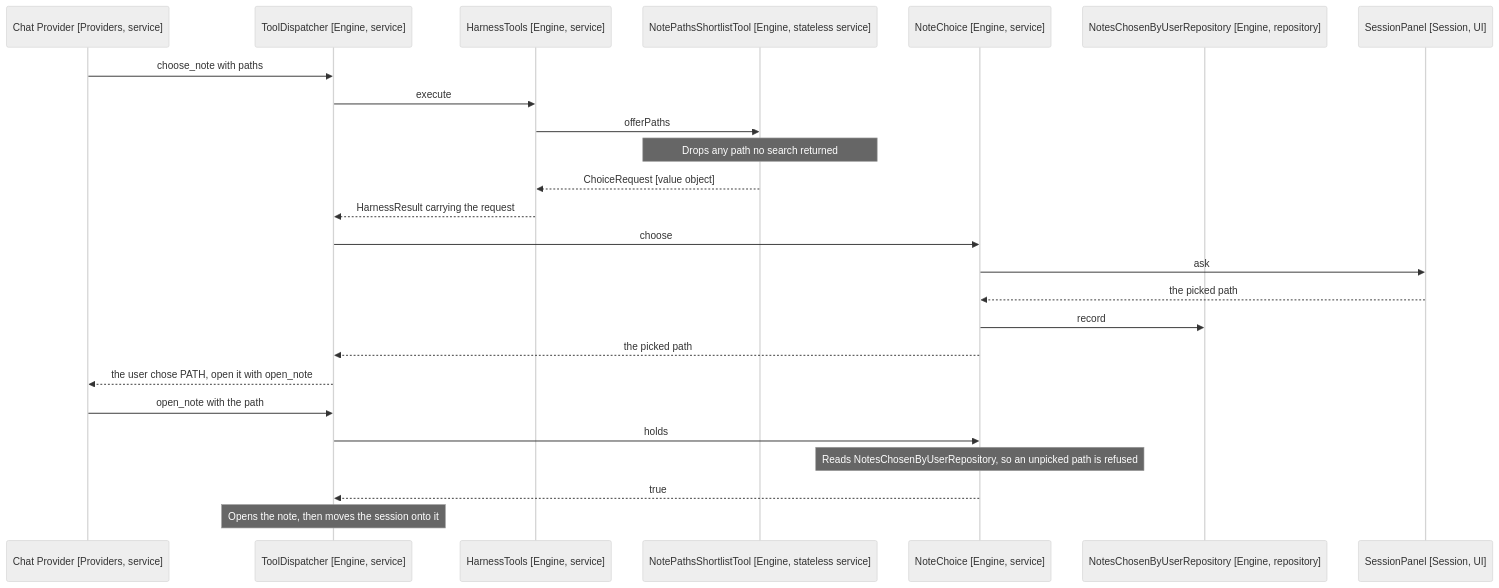
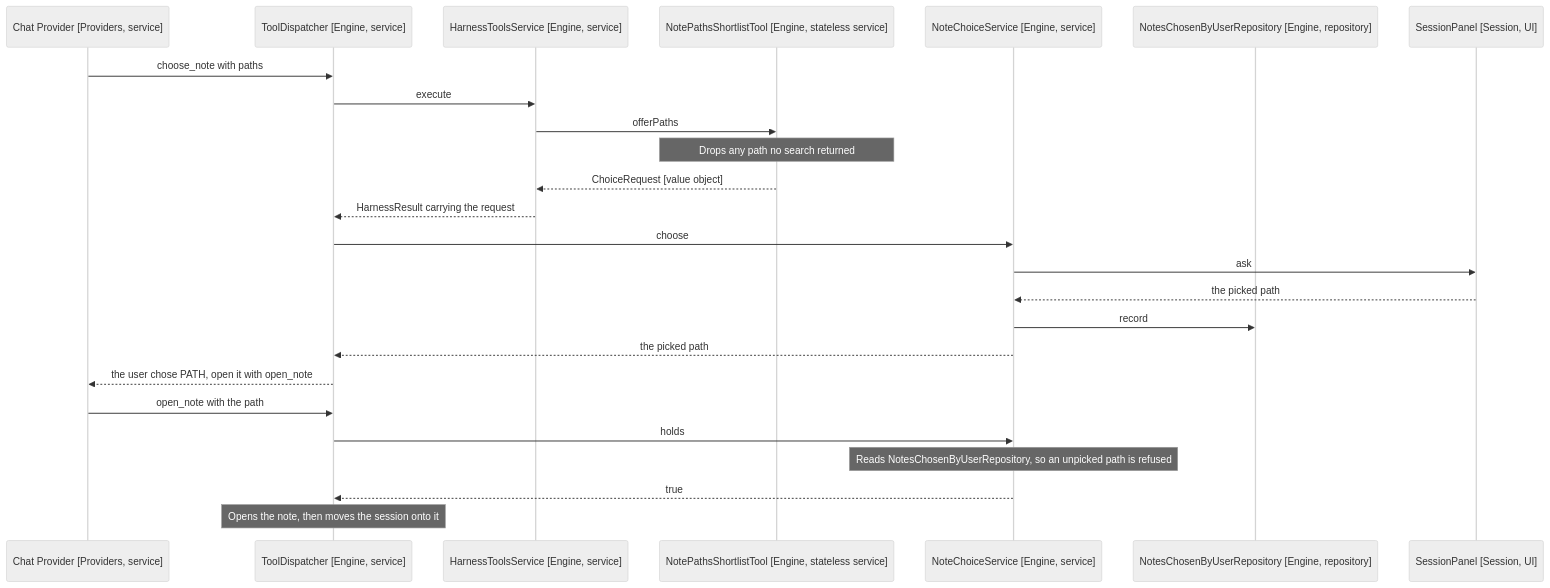
Before and after one commit to iparips/obsidian-owl: the second of 2 diagrams in docs/spec/15-architecture-cleanup/4-choice-subsystem.md, drawn with Mermaid (neutral theme). The commit also changed other lines of this file and 43 other files, not shown here.

````diff
--- a/docs/spec/15-architecture-cleanup/4-choice-subsystem.md
+++ b/docs/spec/15-architecture-cleanup/4-choice-subsystem.md
@@ -46,29 +46,29 @@
 ```mermaid
 sequenceDiagram
     participant Model as Chat Provider [Providers, service]
     participant Dispatcher as ToolDispatcher [Engine, service]
-    participant Harness as HarnessTools [Engine, service]
+    participant Harness as HarnessToolsService [Engine, service]
     participant Shortlist as NotePathsShortlistTool [Engine, stateless service]
-    participant Choice as NoteChoice [Engine, service]
+    participant Choice as NoteChoiceService [Engine, service]
     participant Chosen as NotesChosenByUserRepository [Engine, repository]
     participant Panel as SessionPanel [Session, UI]
 
     Model->>Dispatcher: choose_note with paths
     Dispatcher->>Harness: execute
     Harness->>Shortlist: offerPaths
     Note over Shortlist: Drops any path no search returned
     Shortlist-->>Harness: ChoiceRequest [value object]
     Harness-->>Dispatcher: HarnessResult carrying the request
     Dispatcher->>Choice: choose
     Choice->>Panel: ask
     Panel-->>Choice: the picked path
     Choice->>Chosen: record
     Choice-->>Dispatcher: the picked path
     Dispatcher-->>Model: the user chose PATH, open it with open_note
 
     Model->>Dispatcher: open_note with the path
     Dispatcher->>Choice: holds
     Note over Choice: Reads NotesChosenByUserRepository, so an unpicked path is refused
     Choice-->>Dispatcher: true
     Note over Dispatcher: Opens the note, then moves the session onto it
 ```
````
